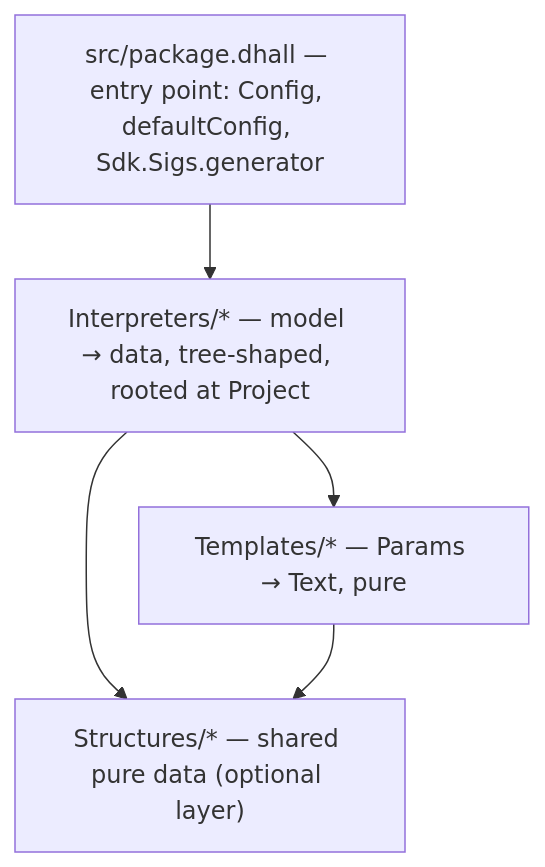
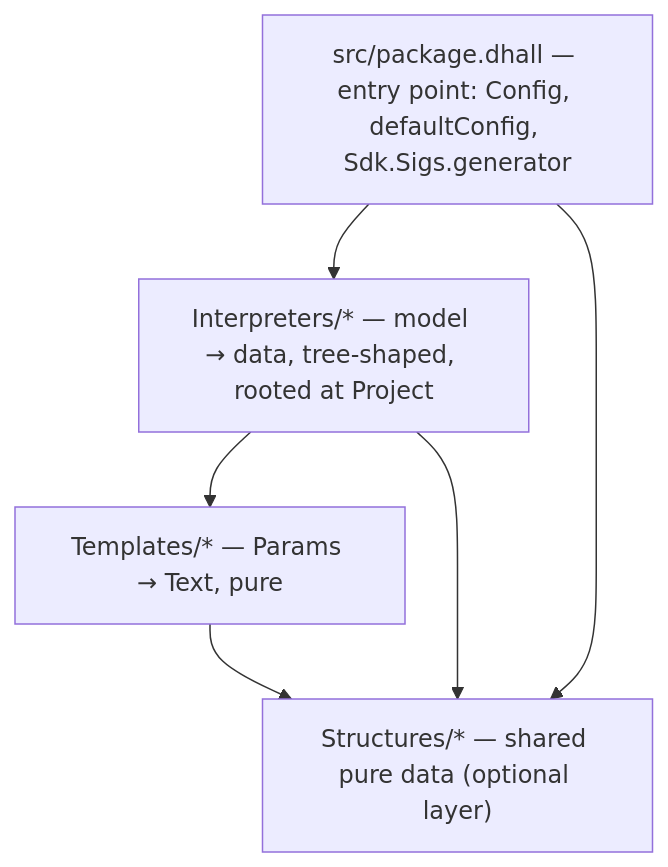
Before and after one commit to pgenie-io/gen-sdk: the first of 2 diagrams in docs/generator-architecture.md, drawn with Mermaid. The commit also changed other lines of this file, not shown here.

````diff
--- a/docs/generator-architecture.md
+++ b/docs/generator-architecture.md
@@ -42,7 +42,8 @@
 ```mermaid
 flowchart TD
     package["src/package.dhall — entry point: Config, defaultConfig, Sdk.Sigs.generator"] --> Interpreters["Interpreters/* — model → data, tree-shaped, rooted at Project"]
     Interpreters --> Templates["Templates/* — Params → Text, pure"]
     Interpreters --> Structures["Structures/* — shared pure data (optional layer)"]
+    package --> Structures
     Templates --> Structures
 ```
````
